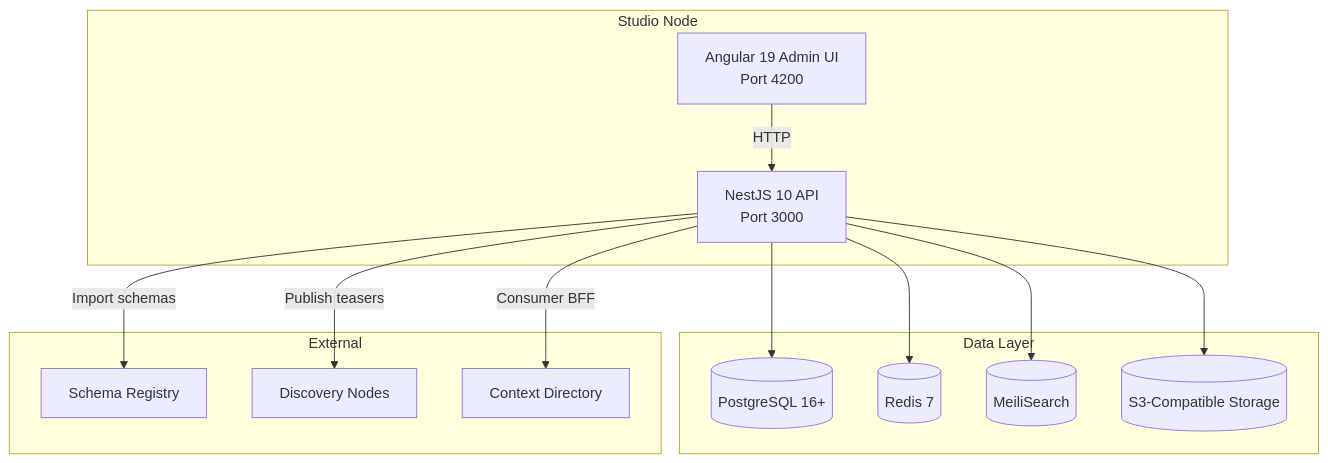
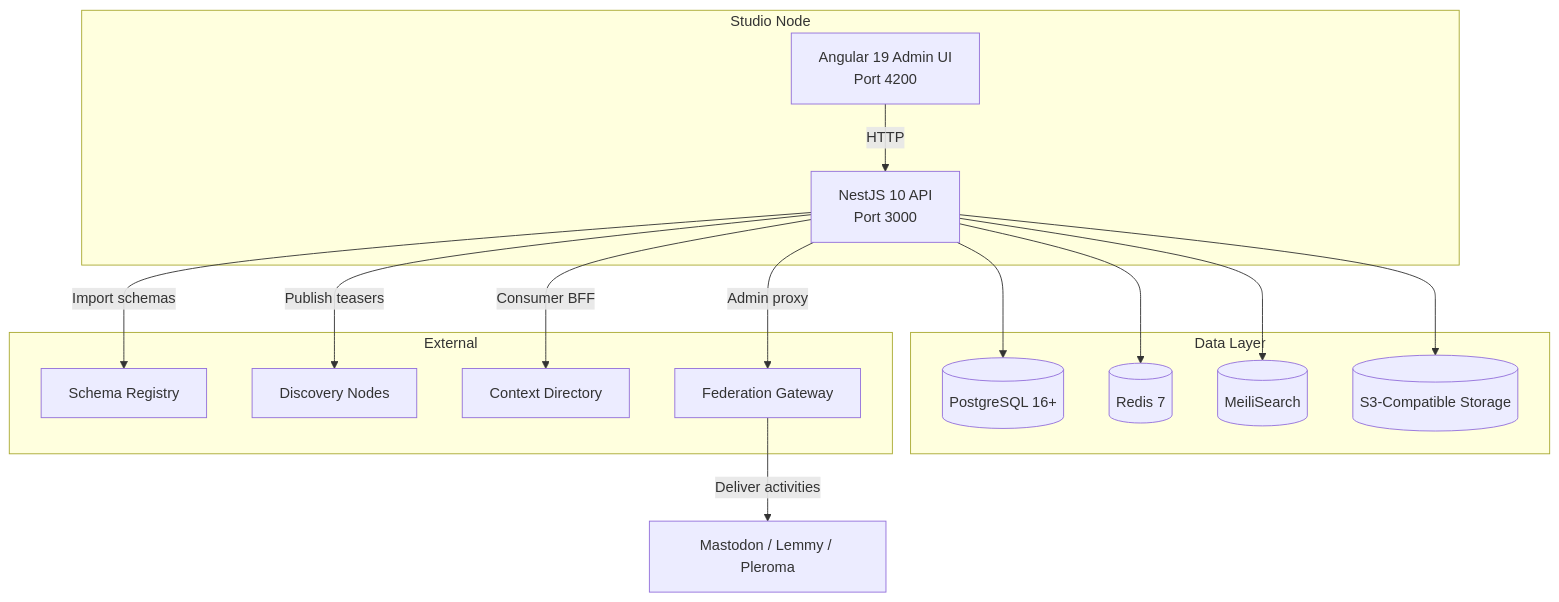
The first of 3 diagrams in architecture.mdx (roadbeat-studio/documentationai-Docs), drawn with Mermaid before and after one commit. The commit also changed other lines of this file and 6 other files, not shown here.

Commit message:
docs: add Federation (ActivityPub) guide, update architecture/concepts/changelog/nav for federation features

````diff
--- a/architecture.mdx
+++ b/architecture.mdx
@@ -10,30 +10,33 @@
 ```mermaid
 graph TB
     subgraph Studio Node
         Web[Angular 19 Admin UI<br/>Port 4200]
         API[NestJS 10 API<br/>Port 3000]
         Web -->|HTTP| API
     end
 
     subgraph Data Layer
         PG[(PostgreSQL 16+)]
         RD[(Redis 7)]
         MS[(MeiliSearch)]
         S3[(S3-Compatible Storage)]
     end
 
     API --> PG
     API --> RD
     API --> MS
     API --> S3
 
     subgraph External
         SR[Schema Registry]
         DN[Discovery Nodes]
         CD[Context Directory]
+        FGW[Federation Gateway]
     end
 
     API -->|Import schemas| SR
     API -->|Publish teasers| DN
     API -->|Consumer BFF| CD
+    API -->|Admin proxy| FGW
+    FGW -->|Deliver activities| Fediverse[Mastodon / Lemmy / Pleroma]
 ```
````
